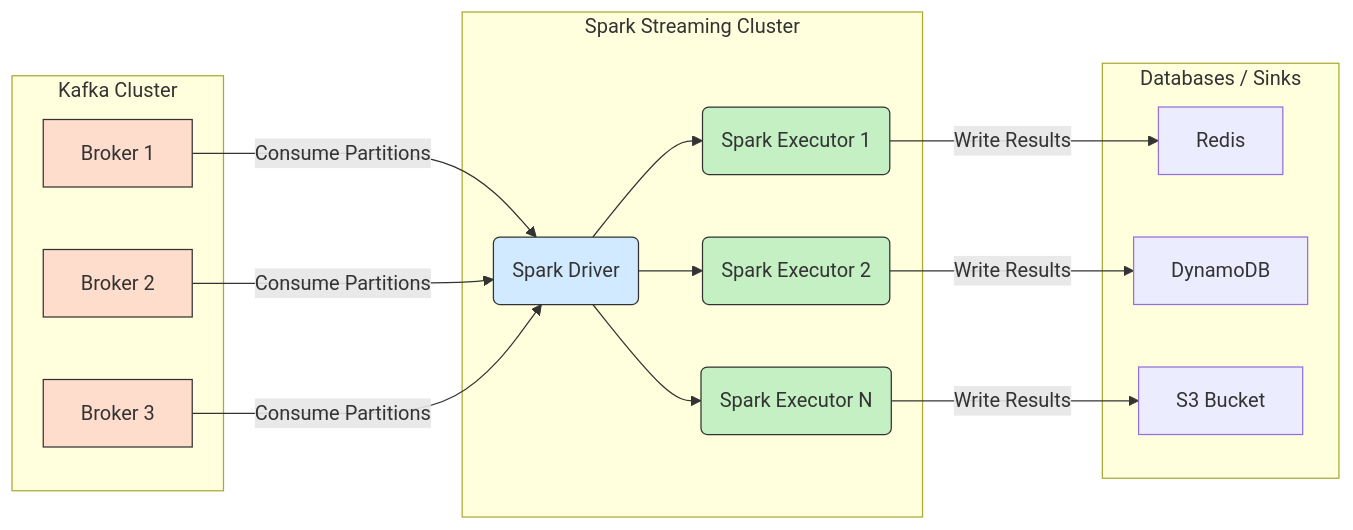
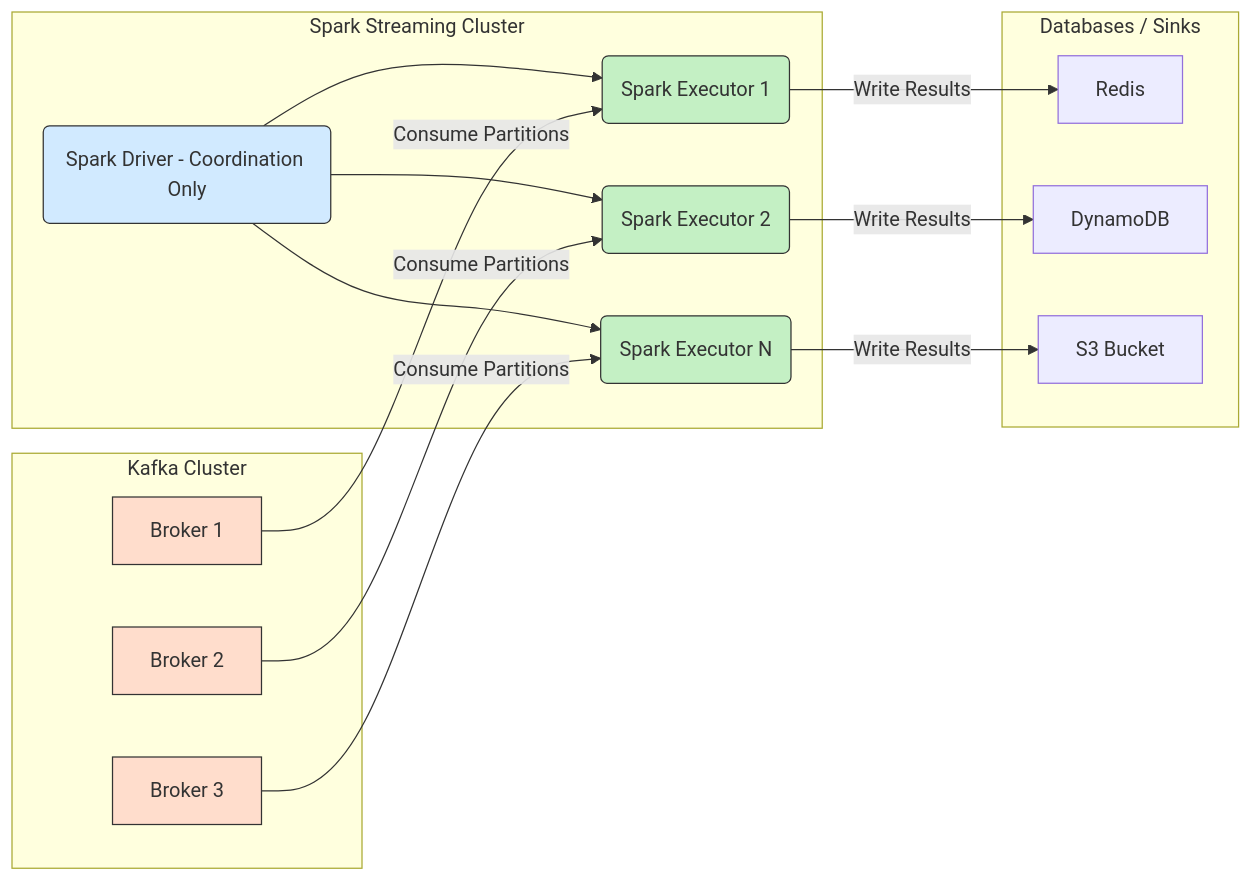
One commit to saketbhatt/Brainstorming_HLD changed the diagram in realtime_hashtag_tracking_system/processing_layer/Level_2_view.mmd. Above: the diagram before and after it, drawn with Mermaid.

```diff
--- a/realtime_hashtag_tracking_system/processing_layer/Level_2_view.mmd
+++ b/realtime_hashtag_tracking_system/processing_layer/Level_2_view.mmd
@@ -1,35 +1,35 @@
 flowchart LR
     subgraph KafkaCluster[Kafka Cluster]
         K1[Broker 1]:::broker
         K2[Broker 2]:::broker
         K3[Broker 3]:::broker
     end
 
     subgraph SparkCluster[Spark Streaming Cluster]
-        Driver(Spark Driver):::driver
+        Driver(Spark Driver - Coordination Only):::driver
         E1(Spark Executor 1):::executor
         E2(Spark Executor 2):::executor
         E3(Spark Executor N):::executor
 
         Driver --> E1
         Driver --> E2
         Driver --> E3
     end
 
     subgraph Storage[Databases / Sinks]
         R[Redis]
         D[DynamoDB]
         S3[S3 Bucket]
     end
 
-    K1 -->|Consume Partitions| Driver
-    K2 -->|Consume Partitions| Driver
-    K3 -->|Consume Partitions| Driver
+    K1 -->|Consume Partitions| E1
+    K2 -->|Consume Partitions| E2
+    K3 -->|Consume Partitions| E3
 
     E1 -->|Write Results| R
     E2 -->|Write Results| D
     E3 -->|Write Results| S3
 
     classDef broker fill:#ffddcc,stroke:#333,stroke-width:1px;
     classDef driver fill:#d1eaff,stroke:#333,stroke-width:1px;
     classDef executor fill:#c4f0c4,stroke:#333,stroke-width:1px;
```
